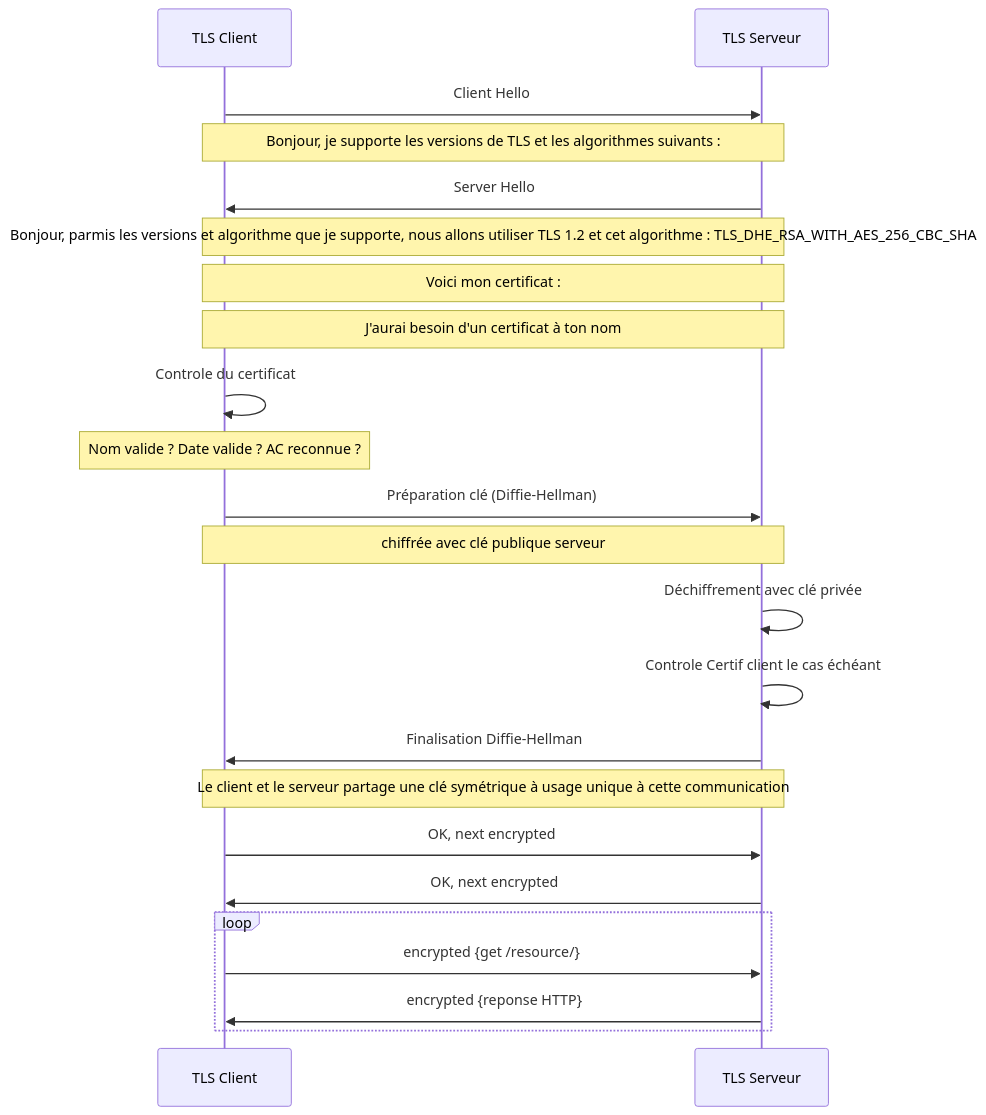
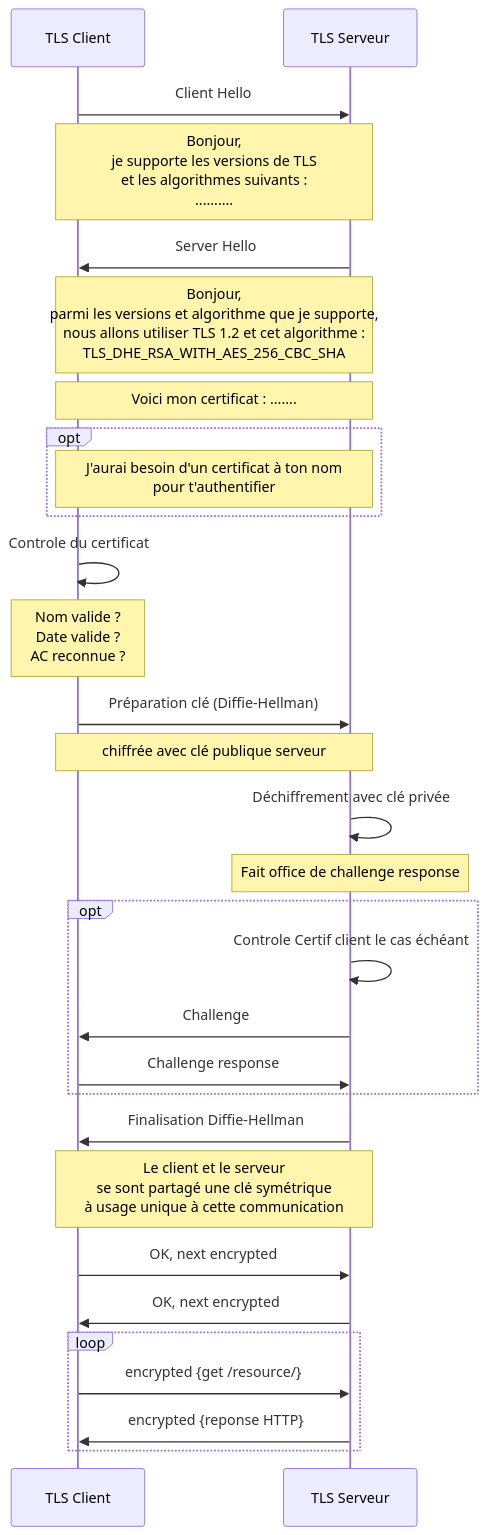
The diagram in docs/content/fr/docs/https/fonctionnement.md (clement-dufaure/securite-applicative), drawn with Mermaid before and after one commit. The commit also changed other lines of this file, not shown here.

Commit message:
ajustement

```diff
--- a/docs/content/fr/docs/https/fonctionnement.md
+++ b/docs/content/fr/docs/https/fonctionnement.md
@@ -30,25 +31,32 @@
 {{< mermaid class="bg-white text-center" >}}
 sequenceDiagram
     participant C as TLS Client
     participant S as TLS Serveur
     C->>S: Client Hello
-    note over C,S: Bonjour, je supporte les versions de TLS et les algorithmes suivants :
+    note over C,S: Bonjour, <br/> je supporte les versions de TLS <br/> et les algorithmes suivants : <br/> ..........
     S->>C: Server Hello
-    note over C,S: Bonjour, parmis les versions et algorithme que je supporte, nous allons utiliser TLS 1.2 et cet algorithme : TLS_DHE_RSA_WITH_AES_256_CBC_SHA
-    note over C,S: Voici mon certificat :
-    note over C,S: J'aurai besoin d'un certificat à ton nom
+    note over C,S: Bonjour, <br/> parmi les versions et algorithme que je supporte, <br/> nous allons utiliser TLS 1.2 et cet algorithme : <br/> TLS_DHE_RSA_WITH_AES_256_CBC_SHA
+    note over C,S: Voici mon certificat : .......
+    opt
+      note over C,S: J'aurai besoin d'un certificat à ton nom <br/> pour t'authentifier
+    end
     C->>C: Controle du certificat
-    note over C: Nom valide ? Date valide ? AC reconnue ?
+    note over C: Nom valide ? <br/> Date valide ? <br/> AC reconnue ?
     C->>S: Préparation clé (Diffie-Hellman)
     note over C,S: chiffrée avec clé publique serveur
     S->>S: Déchiffrement avec clé privée
-    S->>S: Controle Certif client le cas échéant
+    note over S: Fait office de challenge response
+    opt
+      S->>S: Controle Certif client le cas échéant
+      S->>C: Challenge
+      C->>S: Challenge response   
+    end
     S->>C: Finalisation Diffie-Hellman
-    note over C,S: Le client et le serveur partage une clé symétrique à usage unique à cette communication
+    note over C,S: Le client et le serveur <br/> se sont partagé une clé symétrique <br/> à usage unique à cette communication
     C->>S: OK, next encrypted
     S->>C: OK, next encrypted
     loop
         C->>S: encrypted {get /resource/}
         S->>C: encrypted {reponse HTTP}
     end
 {{< /mermaid >}}
```
